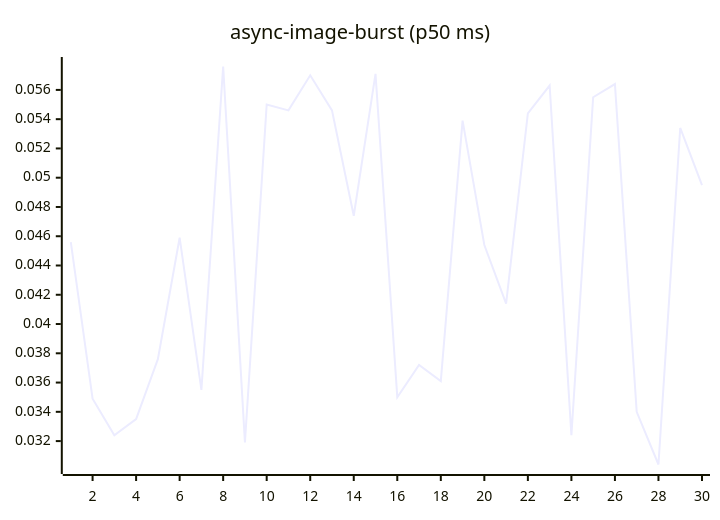
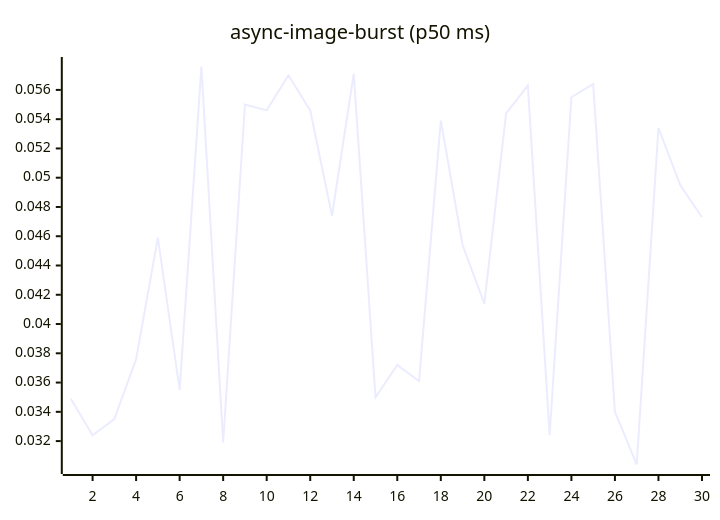
One commit to josha/Facet changed the fourth of 27 diagrams in README.md. Above: the diagram before and after it, drawn with Mermaid. The commit also changed other lines of this file and 2 other files, not shown here.

````diff
--- a/README.md
+++ b/README.md
@@ -84,6 +84,6 @@
 ```mermaid
 xychart-beta
     title "async-image-burst (p50 ms)"
     x-axis 1 --> 30
-    line [0.0456, 0.0349, 0.0324, 0.0335, 0.0376, 0.0459, 0.0355, 0.0576, 0.0319, 0.0550, 0.0546, 0.0570, 0.0546, 0.0474, 0.0571, 0.0350, 0.0372, 0.0361, 0.0539, 0.0454, 0.0414, 0.0544, 0.0563, 0.0324, 0.0555, 0.0564, 0.0340, 0.0304, 0.0534, 0.0495]
+    line [0.0349, 0.0324, 0.0335, 0.0376, 0.0459, 0.0355, 0.0576, 0.0319, 0.0550, 0.0546, 0.0570, 0.0546, 0.0474, 0.0571, 0.0350, 0.0372, 0.0361, 0.0539, 0.0454, 0.0414, 0.0544, 0.0563, 0.0324, 0.0555, 0.0564, 0.0340, 0.0304, 0.0534, 0.0495, 0.0473]
 ```
````
